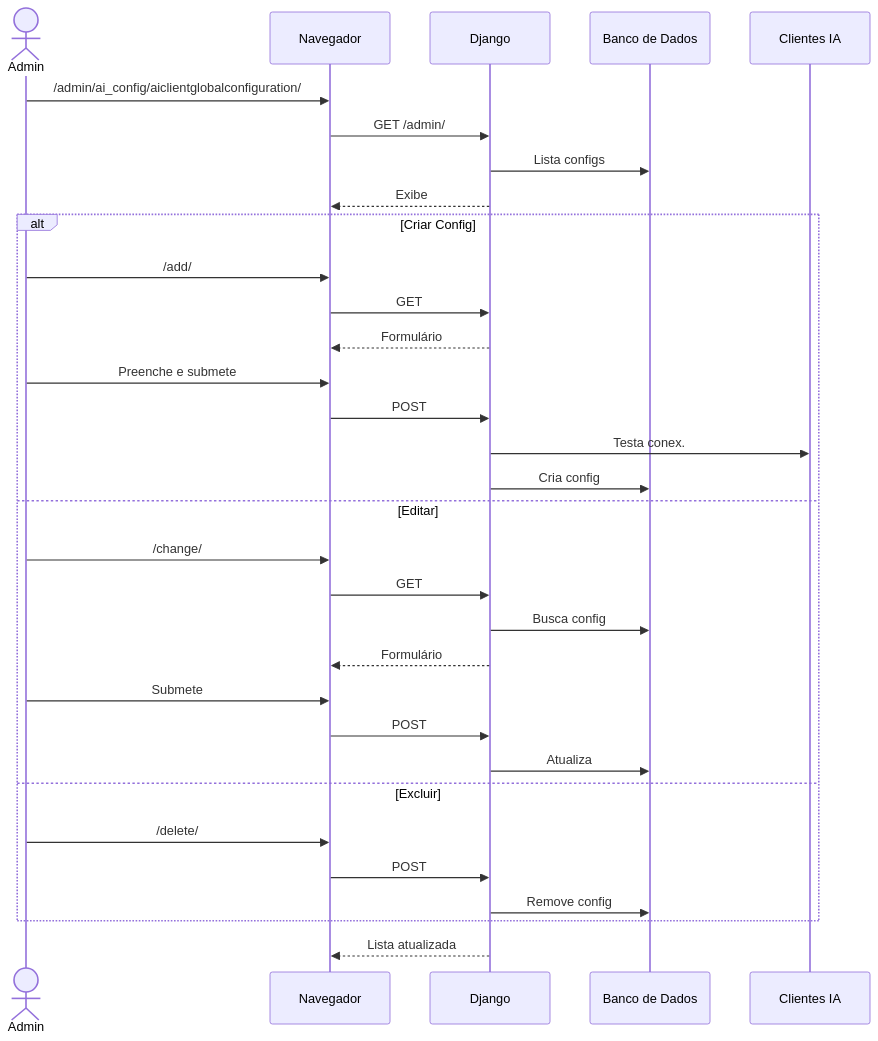
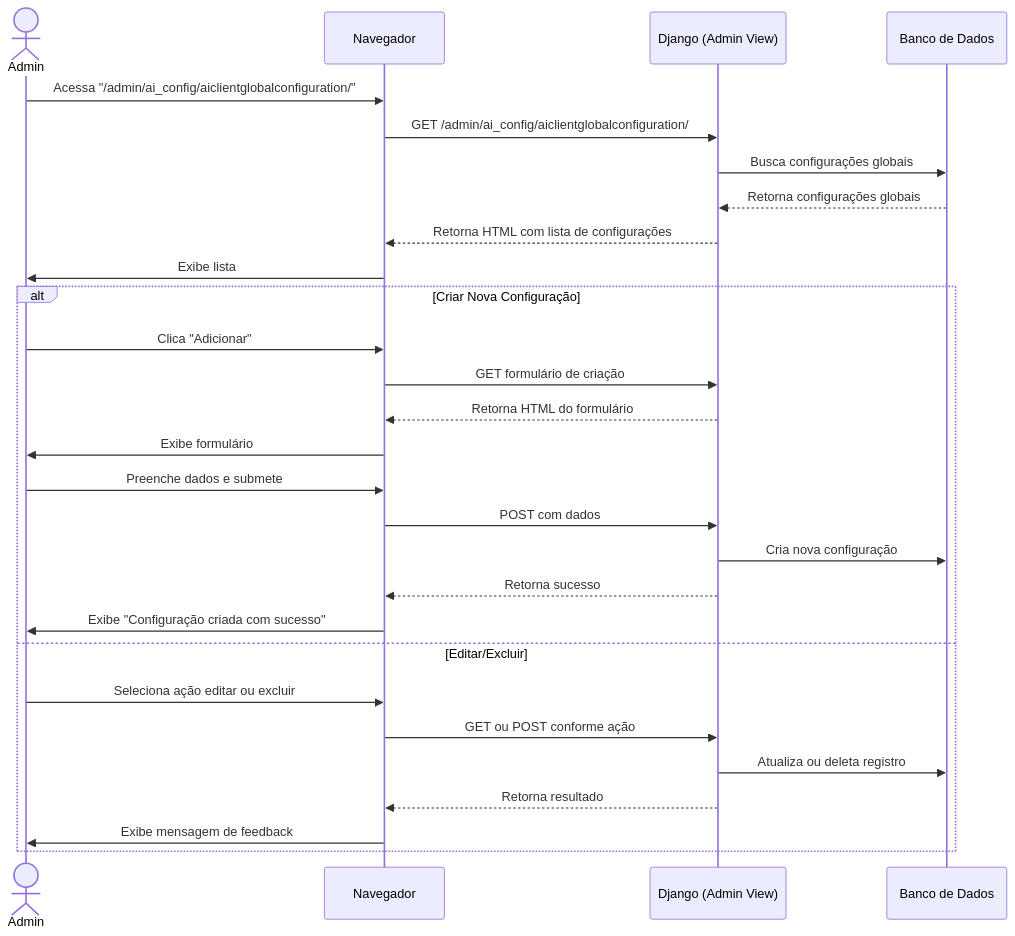
One commit to diegogrosmann/EnsinaNet.AI changed diagram 18 of 26 in README.md. Above: the diagram before and after it, drawn with Mermaid. The commit also changed other lines of this file and 117 other files, not shown here.

Commit message:
Adiciona novo aplicativo 'client_version' com modelos, URLs e configurações; remove arquivos de teste e atualiza configurações do projeto.

````diff
--- a/README.md
+++ b/README.md
@@ -959,36 +1011,31 @@
 ```mermaid
 sequenceDiagram
     actor A as Admin
     participant N as Navegador
-    participant D as Django
+    participant D as Django (Admin View)
     participant DB as Banco de Dados
-    participant AI as Clientes IA
 
-    A->>N: /admin/ai_config/aiclientglobalconfiguration/
-    N->>D: GET /admin/
-    D->>DB: Lista configs
-    D-->>N: Exibe
-
-    alt Criar Config
-        A->>N: /add/
-        N->>D: GET
-        D-->>N: Formulário
-        A->>N: Preenche e submete
-        N->>D: POST
-        D->>AI: Testa conex. 
-        D->>DB: Cria config
-    else Editar
-        A->>N: /change/
-        N->>D: GET
-        D->>DB: Busca config
-        D-->>N: Formulário
-        A->>N: Submete
-        N->>D: POST
-        D->>DB: Atualiza
-    else Excluir
-        A->>N: /delete/
-        N->>D: POST
-        D->>DB: Remove config
+    A->>N: Acessa "/admin/ai_config/aiclientglobalconfiguration/"
+    N->>D: GET /admin/ai_config/aiclientglobalconfiguration/
+    D->>DB: Busca configurações globais
+    DB-->>D: Retorna configurações globais
+    D-->>N: Retorna HTML com lista de configurações
+    N->>A: Exibe lista
+    alt Criar Nova Configuração
+        A->>N: Clica "Adicionar"
+        N->>D: GET formulário de criação
+        D-->>N: Retorna HTML do formulário
+        N->>A: Exibe formulário
+        A->>N: Preenche dados e submete
+        N->>D: POST com dados
+        D->>DB: Cria nova configuração
+        D-->>N: Retorna sucesso
+        N->>A: Exibe "Configuração criada com sucesso"
+    else Editar/Excluir
+        A->>N: Seleciona ação editar ou excluir
+        N->>D: GET ou POST conforme ação
+        D->>DB: Atualiza ou deleta registro
+        D-->>N: Retorna resultado
+        N->>A: Exibe mensagem de feedback
     end
-    D-->>N: Lista atualizada
 ```
````
